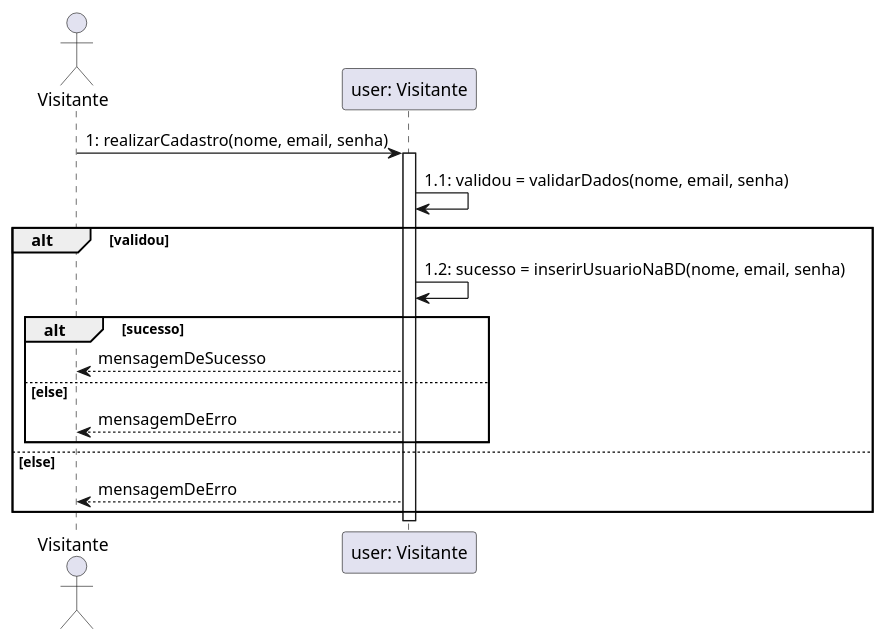
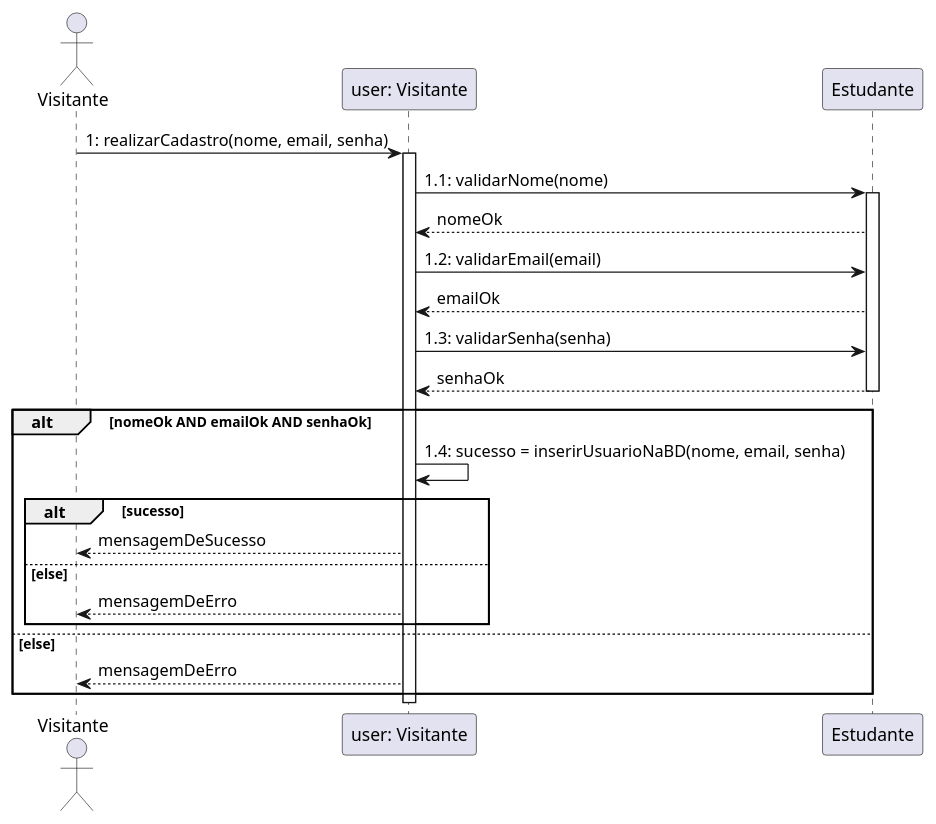
The diagram in diagramas_interacao/diagramas_sequencia/realizar_cadastro.plantuml (lucasg-mm/ensinet), drawn with PlantUML before and after one commit. The commit also changed 1 other file, not shown here.

Commit message:
Atualiza diagrama

```diff
--- a/diagramas_interacao/diagramas_sequencia/realizar_cadastro.plantuml
+++ b/diagramas_interacao/diagramas_sequencia/realizar_cadastro.plantuml
@@ -1,20 +1,28 @@
 @startuml realizar_cadastro
 actor Visitante
 
 Visitante->"user: Visitante": 1: realizarCadastro(nome, email, senha)
 Activate "user: Visitante"
-"user: Visitante"->"user: Visitante": 1.1: validou = validarDados(nome, email, senha)
+"user: Visitante"->"Estudante": 1.1: validarNome(nome)
+Activate "Estudante"
+"Estudante"-->"user: Visitante": nomeOk
 
-alt validou
-"user: Visitante"->"user: Visitante": 1.2: sucesso = inserirUsuarioNaBD(nome, email, senha)
+"user: Visitante"->"Estudante": 1.2: validarEmail(email)
+"Estudante"-->"user: Visitante": emailOk
+
+"user: Visitante"->"Estudante": 1.3: validarSenha(senha)
+"Estudante"-->"user: Visitante": senhaOk
+Deactivate "Estudante"
+alt nomeOk AND emailOk AND senhaOk
+"user: Visitante"->"user: Visitante": 1.4: sucesso = inserirUsuarioNaBD(nome, email, senha)
 alt sucesso
 "user: Visitante"-->Visitante: mensagemDeSucesso
 else else
 "user: Visitante"-->Visitante: mensagemDeErro
 end
 else else
 "user: Visitante"-->Visitante: mensagemDeErro
 end
 deactivate "user: Visitante"
 
 @enduml
```
